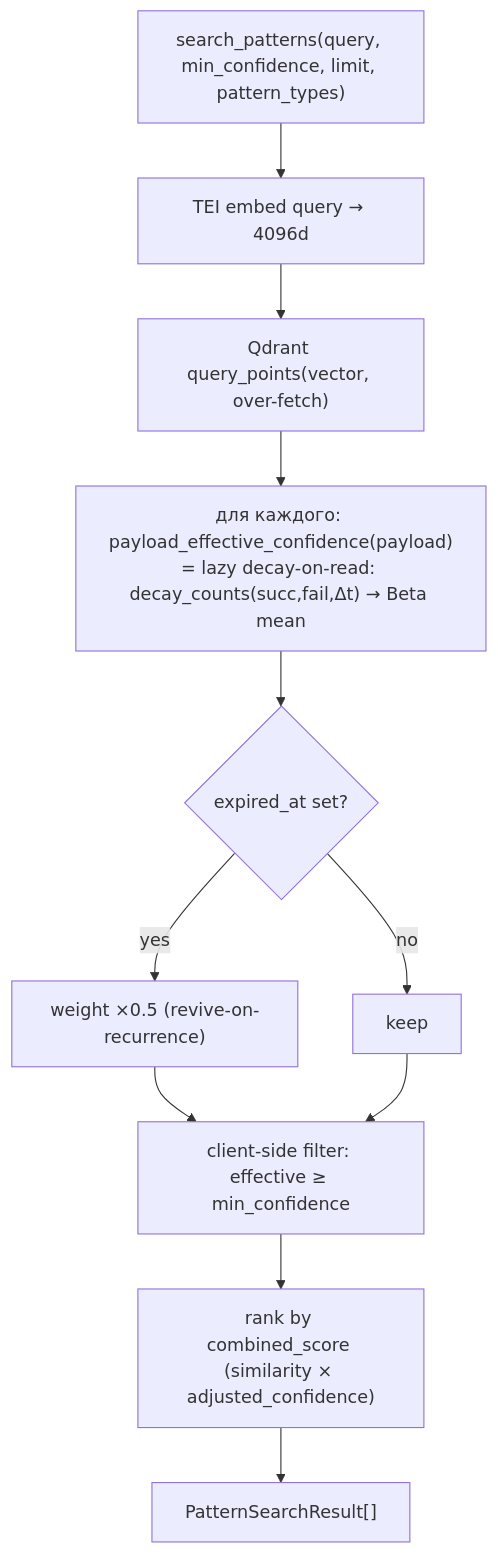
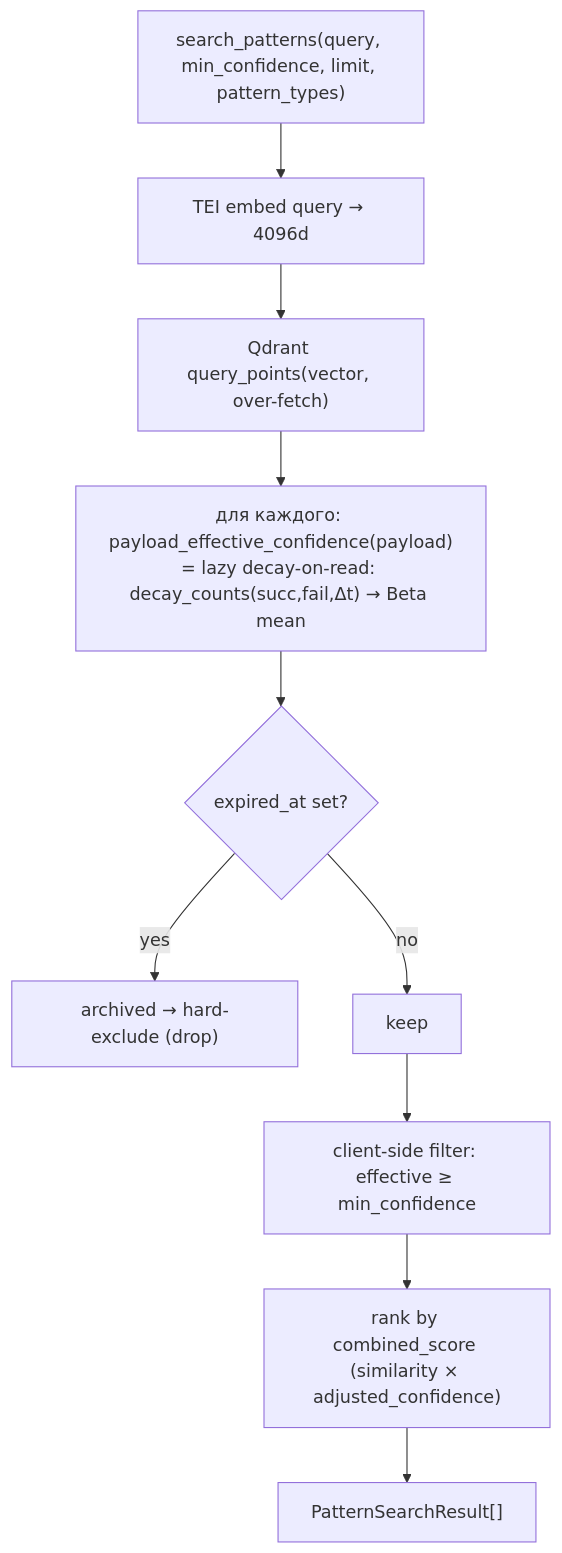
Before and after one commit to Alex1980Alex/1C-Framework: the fifth of 10 diagrams in docs/framework documentation/5_ПАМЯТЬ/5.1_UNIFIED_MEMORY/27.11_Pattern_Lifecycle.md, drawn with Mermaid. The commit also changed other lines of this file and 70 other files, not shown here.

````diff
--- a/docs/framework documentation/5_ПАМЯТЬ/5.1_UNIFIED_MEMORY/27.11_Pattern_Lifecycle.md
+++ b/docs/framework documentation/5_ПАМЯТЬ/5.1_UNIFIED_MEMORY/27.11_Pattern_Lifecycle.md
@@ -99,13 +99,12 @@
 ```mermaid
 flowchart TD
   Q["search_patterns(query, min_confidence, limit, pattern_types)"] --> E["TEI embed query → 4096d"]
   E --> S["Qdrant query_points(vector, over-fetch)"]
   S --> EFF["для каждого: payload_effective_confidence(payload)<br/>= lazy decay-on-read: decay_counts(succ,fail,Δt) → Beta mean"]
   EFF --> ARCH{"expired_at set?"}
-  ARCH -->|yes| W["weight ×0.5 (revive-on-recurrence)"]
+  ARCH -->|yes| W["archived → hard-exclude (drop)"]
   ARCH -->|no| K["keep"]
-  W --> FLT["client-side filter: effective ≥ min_confidence"]
-  K --> FLT
+  K --> FLT["client-side filter: effective ≥ min_confidence"]
   FLT --> RANK["rank by combined_score (similarity × adjusted_confidence)"]
   RANK --> OUT["PatternSearchResult[]"]
 ```
````
